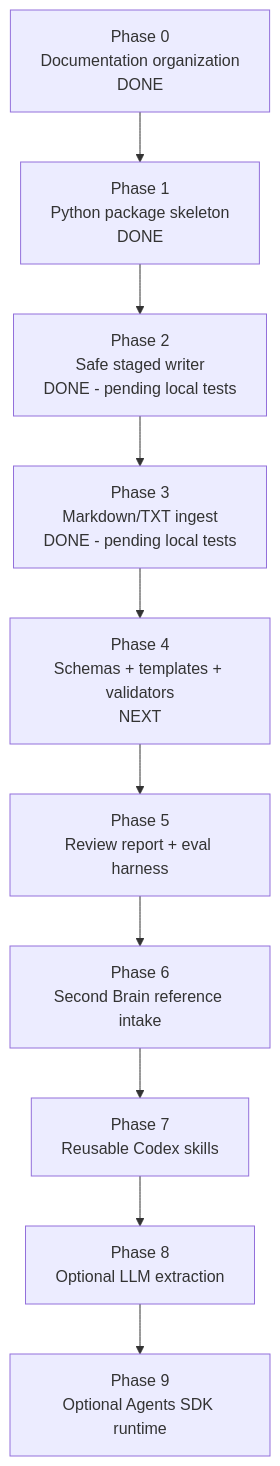
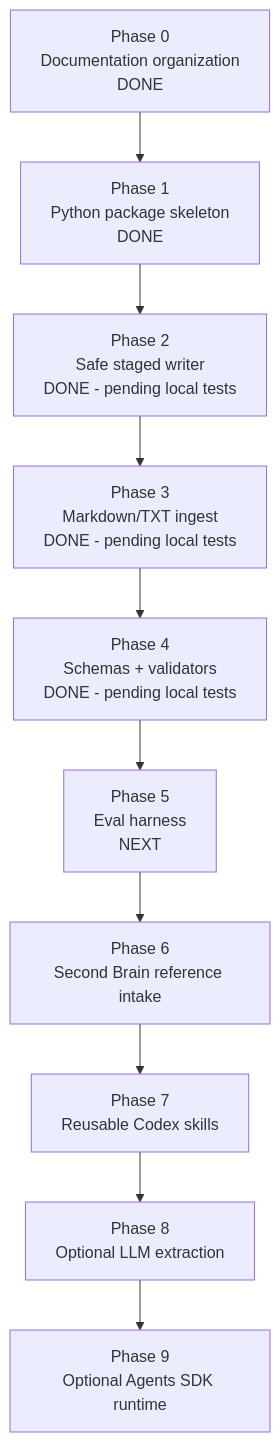
One commit to Denys/obsidian-librarian-to-add changed the diagram in docs/10_implementation_plan.md. Above: the diagram before and after it, drawn with Mermaid. The commit also changed other lines of this file, not shown here.

Commit message:
docs: update implementation plan through phase 4

````diff
--- a/docs/10_implementation_plan.md
+++ b/docs/10_implementation_plan.md
@@ -5,15 +5,15 @@
 ```mermaid
 flowchart TD
     P0[Phase 0<br/>Documentation organization<br/>DONE]
     P1[Phase 1<br/>Python package skeleton<br/>DONE]
     P2[Phase 2<br/>Safe staged writer<br/>DONE - pending local tests]
     P3[Phase 3<br/>Markdown/TXT ingest<br/>DONE - pending local tests]
-    P4[Phase 4<br/>Schemas + templates + validators<br/>NEXT]
-    P5[Phase 5<br/>Review report + eval harness]
+    P4[Phase 4<br/>Schemas + validators<br/>DONE - pending local tests]
+    P5[Phase 5<br/>Eval harness<br/>NEXT]
     P6[Phase 6<br/>Second Brain reference intake]
     P7[Phase 7<br/>Reusable Codex skills]
     P8[Phase 8<br/>Optional LLM extraction]
     P9[Phase 9<br/>Optional Agents SDK runtime]
 
     P0 --> P1 --> P2 --> P3 --> P4 --> P5 --> P6 --> P7 --> P8 --> P9
 ```
````
